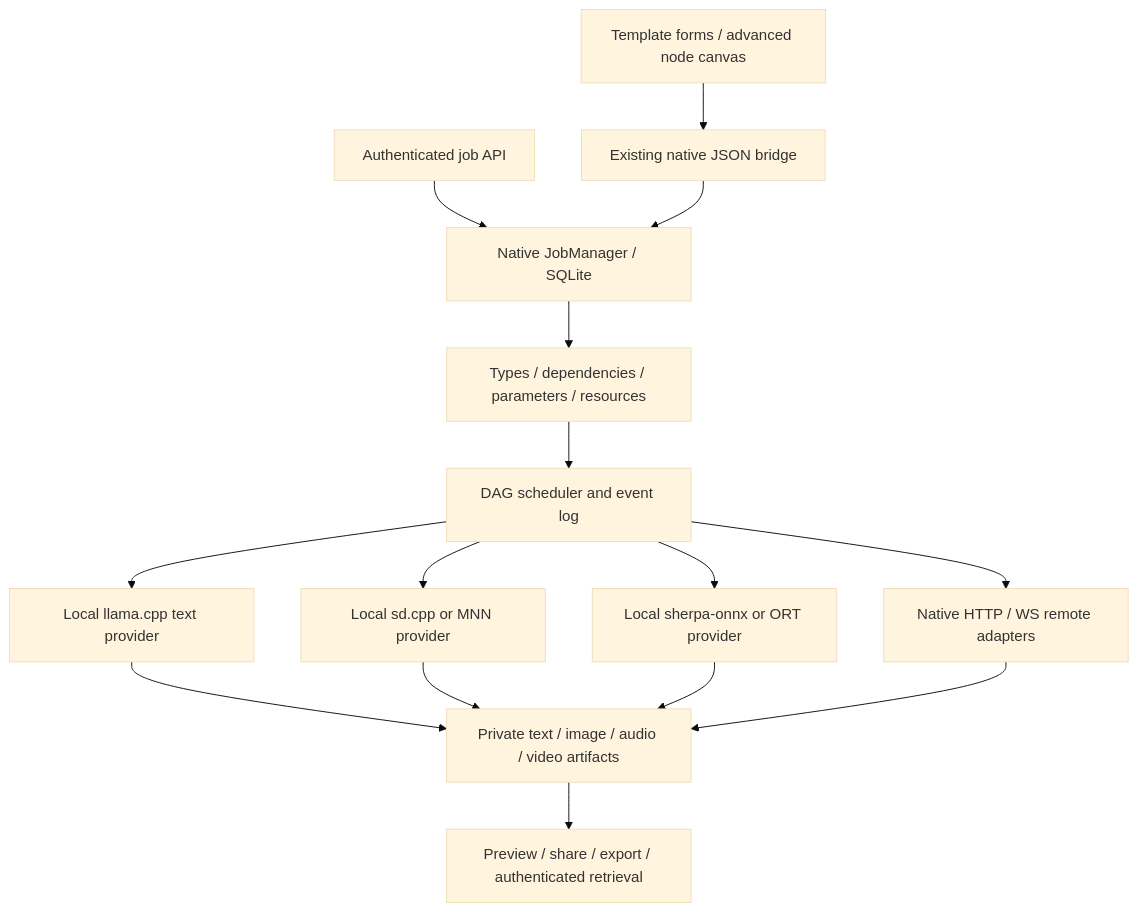
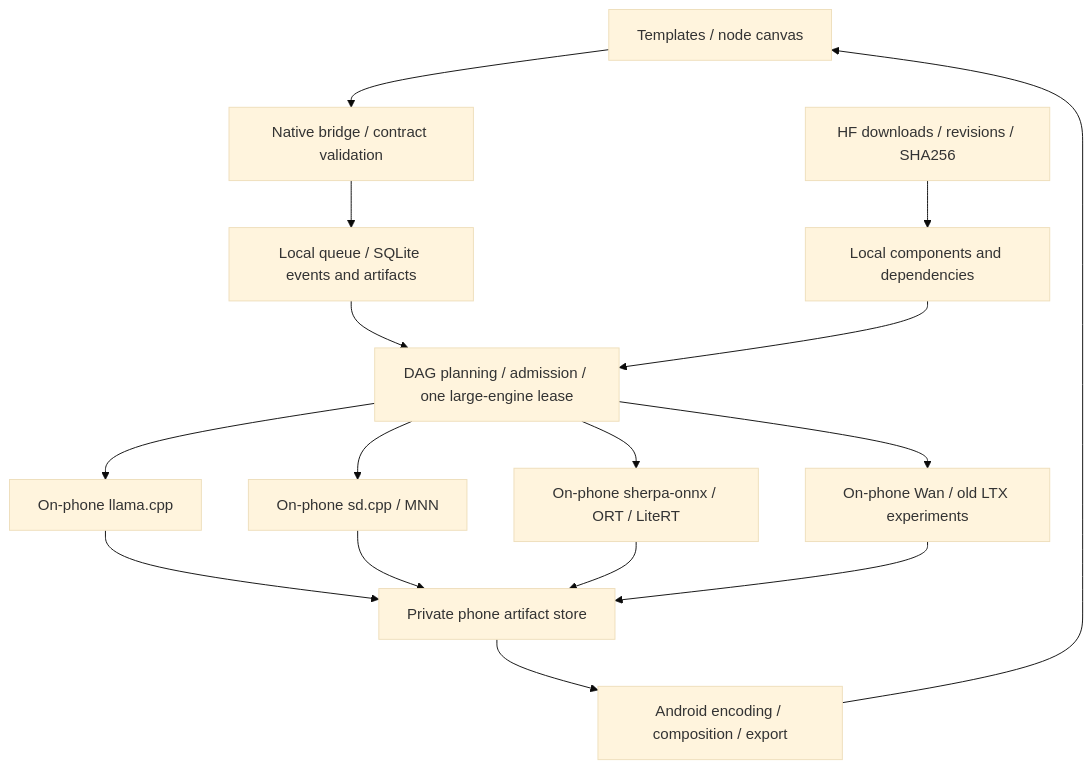
One commit to wikigsroom/LMA changed the diagram in docs/WORKFLOWS.en.md. Above: the diagram before and after it, drawn with Mermaid (base theme). The commit also changed other lines of this file and 16 other files, not shown here.

Commit message:
docs: require fully local Android multimodal execution

````diff
--- a/docs/WORKFLOWS.en.md
+++ b/docs/WORKFLOWS.en.md
@@ -13,17 +13,18 @@
 ```mermaid
 flowchart TD
-    UI[Template forms / advanced node canvas] --> BR[Existing native JSON bridge]
-    API[Authenticated job API] --> JOBS[Native JobManager / SQLite]
-    BR --> JOBS
-    JOBS --> CHECK[Types / dependencies / parameters / resources]
-    CHECK --> DAG[DAG scheduler and event log]
-    DAG --> TEXT[Local llama.cpp text provider]
-    DAG --> IMG[Local sd.cpp or MNN provider]
-    DAG --> TTS[Local sherpa-onnx or ORT provider]
-    DAG --> REMOTE[Native HTTP / WS remote adapters]
-    TEXT --> ART[Private text / image / audio / video artifacts]
-    IMG --> ART
-    TTS --> ART
-    REMOTE --> ART
-    ART --> VIEW[Preview / share / export / authenticated retrieval]
+    UI[Templates / node canvas] --> BRIDGE[Native bridge / contract validation]
+    BRIDGE --> JOBS[Local queue / SQLite events and artifacts]
+    JOBS --> PLAN[DAG planning / admission / one large-engine lease]
+    PLAN --> TEXT[On-phone llama.cpp]
+    PLAN --> IMAGE[On-phone sd.cpp / MNN]
+    PLAN --> AUDIO[On-phone sherpa-onnx / ORT / LiteRT]
+    PLAN --> VIDEO[On-phone Wan / old LTX experiments]
+    TEXT --> STORE[Private phone artifact store]
+    IMAGE --> STORE
+    AUDIO --> STORE
+    VIDEO --> STORE
+    STORE --> MEDIA[Android encoding / composition / export]
+    MEDIA --> UI
+    DOWNLOAD[HF downloads / revisions / SHA256] --> BUNDLES[Local components and dependencies]
+    BUNDLES --> PLAN
 ```
````
